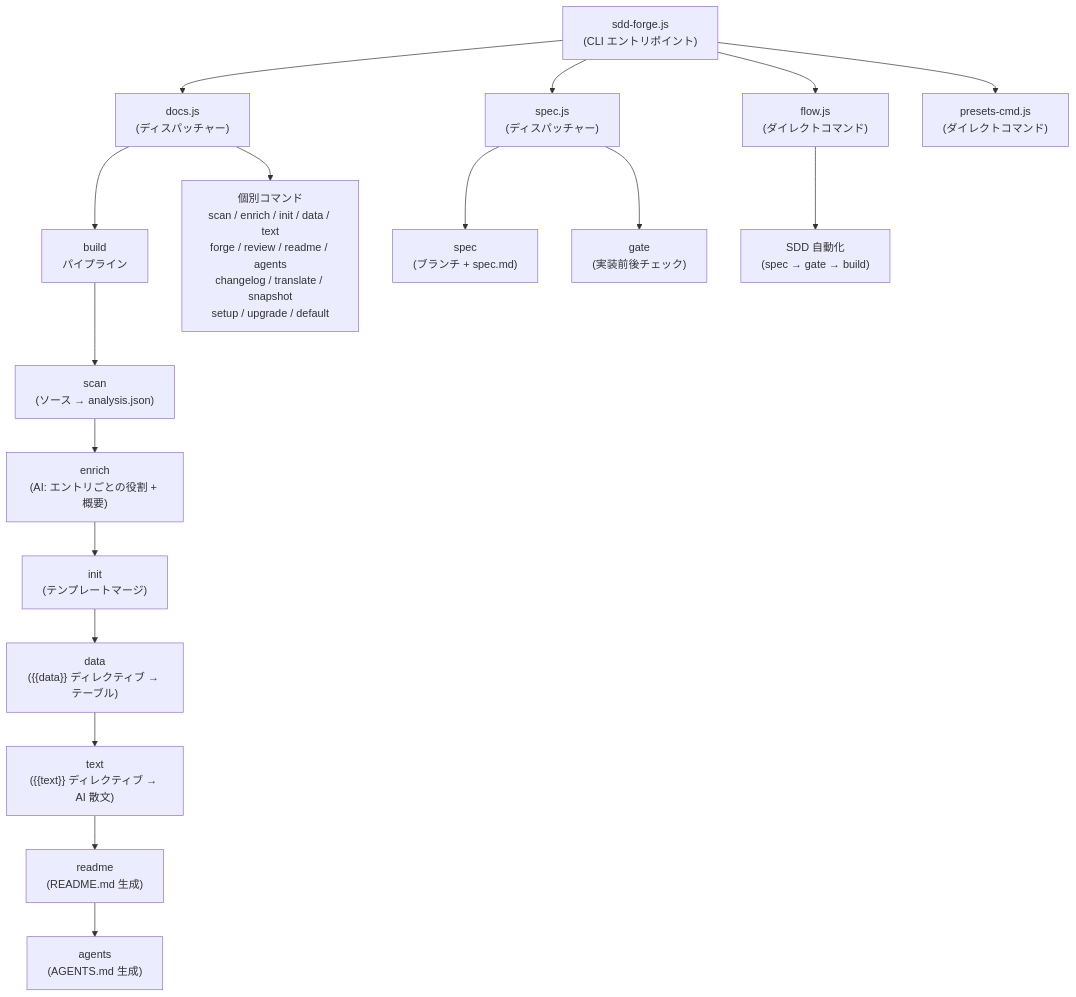
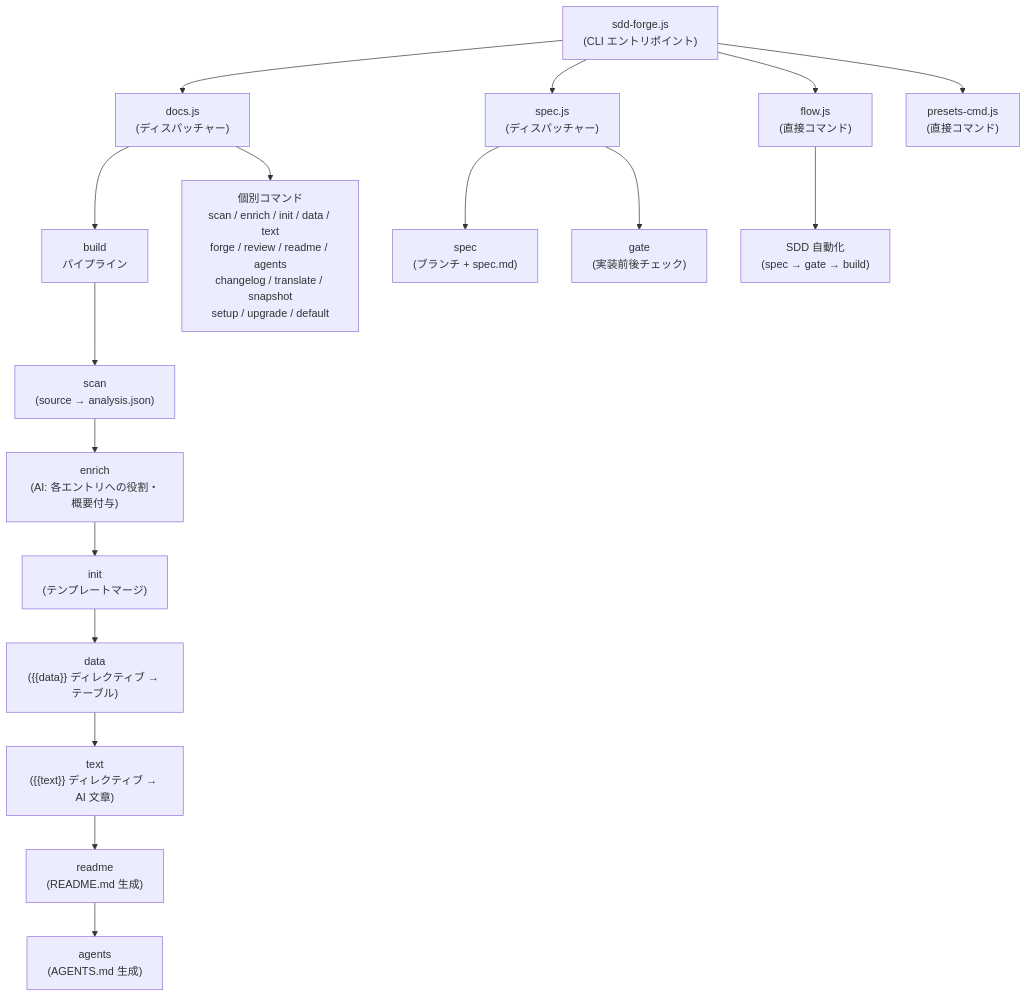
Before and after one commit to SpreadWorks/sdd-forge: the diagram in docs/ja/overview.md, drawn with Mermaid. The commit also changed other lines of this file and 21 other files, not shown here.

````diff
--- a/docs/ja/overview.md
+++ b/docs/ja/overview.md
@@ -29,25 +29,25 @@
 ```mermaid
 flowchart TD
     Entry["sdd-forge.js\n(CLI エントリポイント)"]
 
     Entry --> DocsDispatcher["docs.js\n(ディスパッチャー)"]
     Entry --> SpecDispatcher["spec.js\n(ディスパッチャー)"]
-    Entry --> FlowDirect["flow.js\n(ダイレクトコマンド)"]
-    Entry --> PresetsDirect["presets-cmd.js\n(ダイレクトコマンド)"]
+    Entry --> FlowDirect["flow.js\n(直接コマンド)"]
+    Entry --> PresetsDirect["presets-cmd.js\n(直接コマンド)"]
 
     DocsDispatcher --> Build["build\nパイプライン"]
     DocsDispatcher --> Individual["個別コマンド\nscan / enrich / init / data / text\nforge / review / readme / agents\nchangelog / translate / snapshot\nsetup / upgrade / default"]
 
-    Build --> Scan["scan\n(ソース → analysis.json)"]
-    Scan --> Enrich["enrich\n(AI: エントリごとの役割 + 概要)"]
+    Build --> Scan["scan\n(source → analysis.json)"]
+    Scan --> Enrich["enrich\n(AI: 各エントリへの役割・概要付与)"]
     Enrich --> Init["init\n(テンプレートマージ)"]
     Init --> Data["data\n({{data}} ディレクティブ → テーブル)"]
-    Data --> Text["text\n({{text}} ディレクティブ → AI 散文)"]
+    Data --> Text["text\n({{text}} ディレクティブ → AI 文章)"]
     Text --> Readme["readme\n(README.md 生成)"]
     Readme --> Agents["agents\n(AGENTS.md 生成)"]
 
     SpecDispatcher --> SpecInit["spec\n(ブランチ + spec.md)"]
     SpecDispatcher --> Gate["gate\n(実装前後チェック)"]
 
     FlowDirect --> SddFlow["SDD 自動化\n(spec → gate → build)"]
 ```
````
